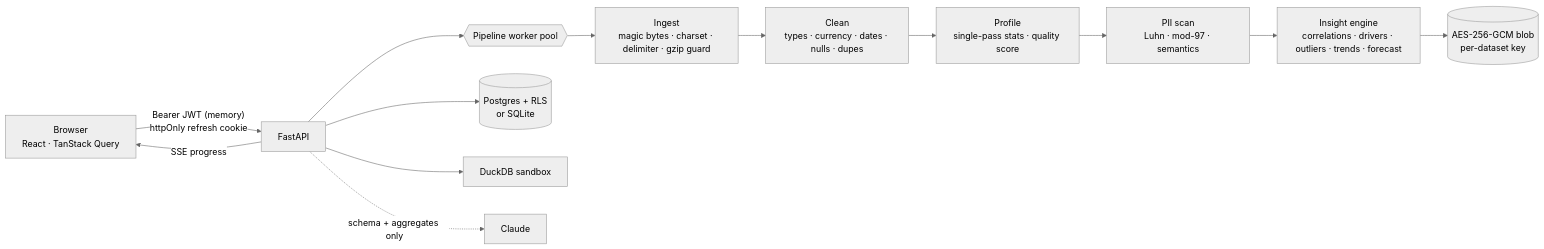
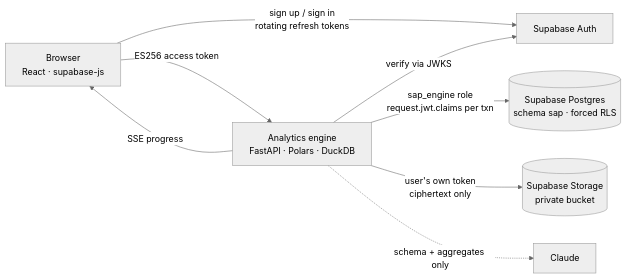
The diagram in README.md (Abiks06/Secure-Analytics-Pro), drawn with Mermaid (neutral theme) before and after one commit. The commit also changed other lines of this file and 38 other files, not shown here.

First line of the commit message:
feat: dedicated Supabase backend (Auth, RLS Postgres, encrypted Storage)

````diff
--- a/README.md
+++ b/README.md
@@ -7,15 +11,10 @@
 ```mermaid
 flowchart LR
-    U[Browser<br/>React · TanStack Query] -- "Bearer JWT (memory)<br/>httpOnly refresh cookie" --> A[FastAPI]
-    A -- SSE progress --> U
-    A --> P{{Pipeline worker pool}}
-    P --> I[Ingest<br/>magic bytes · charset · delimiter · gzip guard]
-    I --> C[Clean<br/>types · currency · dates · nulls · dupes]
-    C --> PR[Profile<br/>single-pass stats · quality score]
-    PR --> PII[PII scan<br/>Luhn · mod-97 · semantics]
-    PII --> INS[Insight engine<br/>correlations · drivers · outliers · trends · forecast]
-    INS --> ENC[(AES-256-GCM blob<br/>per-dataset key)]
-    A --> DB[(Postgres + RLS<br/>or SQLite)]
-    A --> SQL[DuckDB sandbox]
-    A -. schema + aggregates only .-> AI[Claude]
+    B[Browser<br/>React · supabase-js] -- "sign up / sign in<br/>rotating refresh tokens" --> SA[Supabase Auth]
+    B -- "ES256 access token" --> E[Analytics engine<br/>FastAPI · Polars · DuckDB]
+    E -- "verify via JWKS" --> SA
+    E -- "SSE progress" --> B
+    E -- "sap_engine role<br/>request.jwt.claims per txn" --> PG[(Supabase Postgres<br/>schema sap · forced RLS)]
+    E -- "user's own token<br/>ciphertext only" --> ST[(Supabase Storage<br/>private bucket)]
+    E -. schema + aggregates only .-> AI[Claude]
 ```
````
